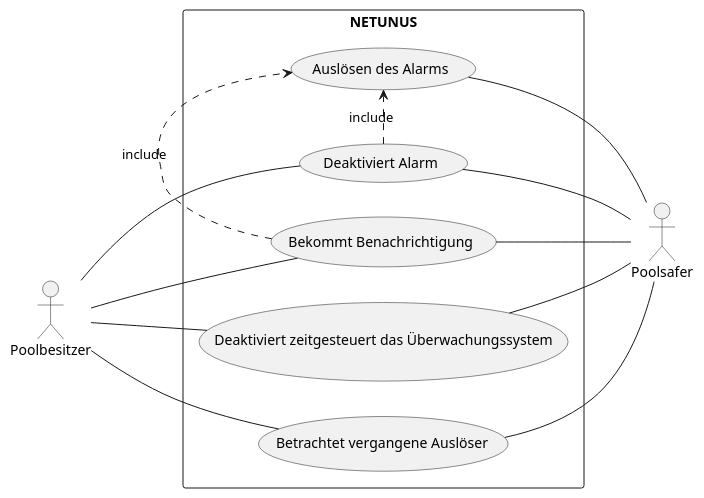
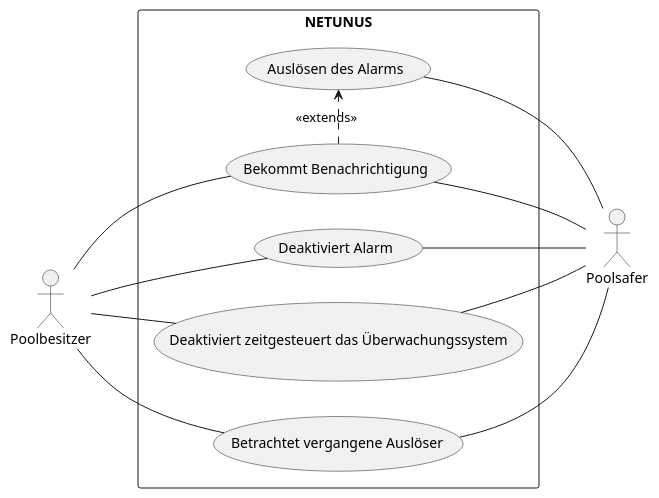
Before and after one commit to KonstantinFrank01/safer-pool: the diagram in Assets/use-case-diagram.iuml, drawn with PlantUML.

Commit message:
Modified associations between a few use cases

```diff
--- a/Assets/use-case-diagram.iuml
+++ b/Assets/use-case-diagram.iuml
@@ -1,18 +1,17 @@
 @startuml
 left to right direction
 actor Poolbesitzer
 actor Poolsafer
 rectangle NETUNUS{
     Poolbesitzer -- (Bekommt Benachrichtigung)
     Poolbesitzer -- (Deaktiviert Alarm)
     Poolbesitzer -- (Deaktiviert zeitgesteuert das Überwachungssystem)
     Poolbesitzer -- (Betrachtet vergangene Auslöser)
-    (Deaktiviert Alarm) .> (Auslösen des Alarms) : include
     (Bekommt Benachrichtigung) -- Poolsafer
-    (Bekommt Benachrichtigung) .> (Auslösen des Alarms) : include
+    (Bekommt Benachrichtigung) .> (Auslösen des Alarms) : <<extends>>
     (Deaktiviert Alarm) -- Poolsafer
     (Deaktiviert zeitgesteuert das Überwachungssystem) -- Poolsafer
     (Betrachtet vergangene Auslöser) -- Poolsafer
     (Auslösen des Alarms) -- Poolsafer
 }
 @enduml
```
